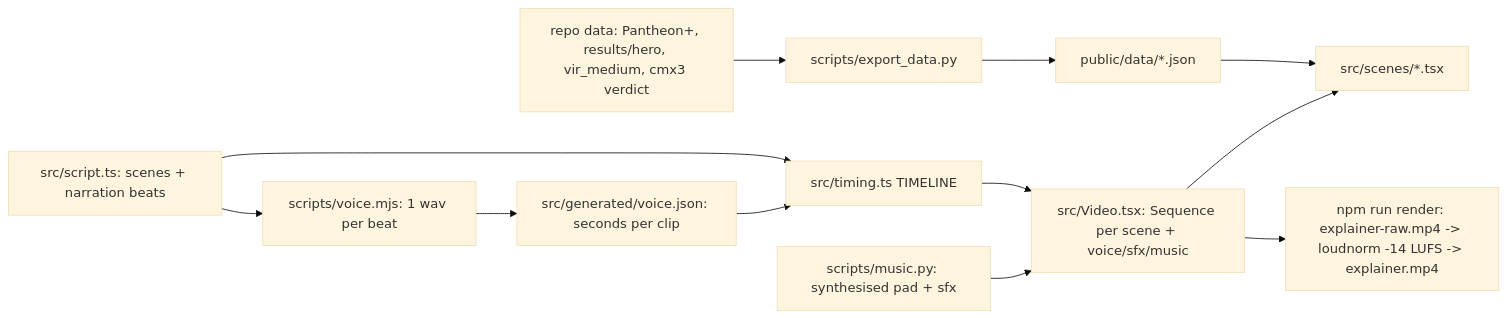
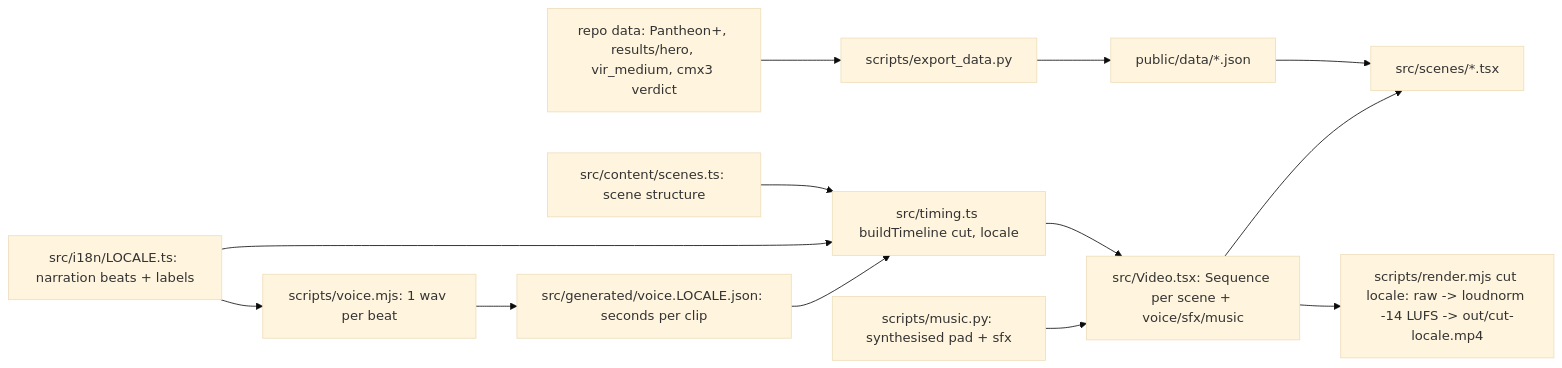
One commit to MartinGamsby/ProgenitorNodeModelCosmology changed the diagram in lode/video/summary.md. Above: the diagram before and after it, drawn with Mermaid (base theme). The commit also changed other lines of this file and 43 other files, not shown here.

````diff
--- a/lode/video/summary.md
+++ b/lode/video/summary.md
@@ -8,13 +9,14 @@
 ```mermaid
 graph LR
-    SCRIPT[src/script.ts: scenes + narration beats] --> VOICE[scripts/voice.mjs: 1 wav per beat]
-    VOICE --> MAN[src/generated/voice.json: seconds per clip]
-    SCRIPT --> TL[src/timing.ts TIMELINE]
+    SPEC[src/content/scenes.ts: scene structure] --> TL[src/timing.ts buildTimeline cut, locale]
+    TXT[src/i18n/LOCALE.ts: narration beats + labels] --> VOICE[scripts/voice.mjs: 1 wav per beat]
+    VOICE --> MAN[src/generated/voice.LOCALE.json: seconds per clip]
+    TXT --> TL
     MAN --> TL
     REPO[repo data: Pantheon+, results/hero, vir_medium, cmx3 verdict] --> EXP[scripts/export_data.py] --> JSON[public/data/*.json]
     TL --> VID[src/Video.tsx: Sequence per scene + voice/sfx/music]
     JSON --> SCN[src/scenes/*.tsx]
     VID --> SCN
     SYN[scripts/music.py: synthesised pad + sfx] --> VID
-    VID --> MP4[npm run render: explainer-raw.mp4 -> loudnorm -14 LUFS -> explainer.mp4]
+    VID --> MP4[scripts/render.mjs cut locale: raw -> loudnorm -14 LUFS -> out/cut-locale.mp4]
 ```
````
